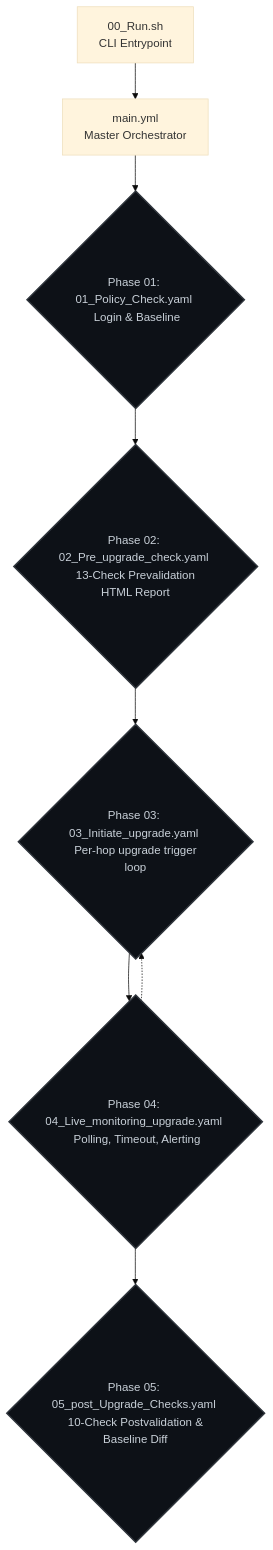
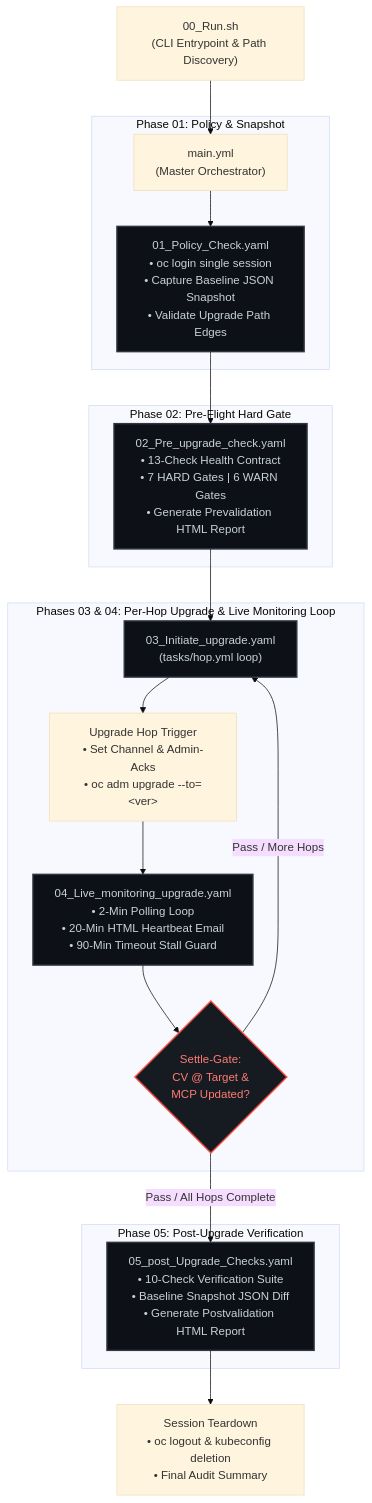
The diagram in README.md (Ravikk-web/share), drawn with Mermaid (base theme) before and after one commit. The commit also changed other lines of this file and 7 other files, not shown here.

````diff
--- a/README.md
+++ b/README.md
@@ -21,13 +43,31 @@
 ```mermaid
 graph TD
-    A[00_Run.sh <br/>CLI Entrypoint] --> B[main.yml <br/>Master Orchestrator]
-    B --> C{Phase 01: 01_Policy_Check.yaml <br/> Login & Baseline}
-    C --> D{Phase 02: 02_Pre_upgrade_check.yaml <br/> 13-Check Prevalidation HTML Report}
-    D --> E{Phase 03: 03_Initiate_upgrade.yaml <br/> Per-hop upgrade trigger loop}
-    E --> F{Phase 04: 04_Live_monitoring_upgrade.yaml <br/> Polling, Timeout, Alerting}
-    F -.-> E
-    F --> G{Phase 05: 05_post_Upgrade_Checks.yaml <br/> 10-Check Postvalidation & Baseline Diff}
+    CLI["00_Run.sh<br/>(CLI Entrypoint & Path Discovery)"] --> Master["main.yml<br/>(Master Orchestrator)"]
     
+    subgraph Phase01 ["Phase 01: Policy & Snapshot"]
+        Master --> P1["01_Policy_Check.yaml<br/>• oc login single session<br/>• Capture Baseline JSON Snapshot<br/>• Validate Upgrade Path Edges"]
+    end
+
+    subgraph Phase02 ["Phase 02: Pre-Flight Hard Gate"]
+        P1 --> P2["02_Pre_upgrade_check.yaml<br/>• 13-Check Health Contract<br/>• 7 HARD Gates | 6 WARN Gates<br/>• Generate Prevalidation HTML Report"]
+    end
+
+    subgraph Phase0304 ["Phases 03 & 04: Per-Hop Upgrade & Live Monitoring Loop"]
+        P2 --> P3["03_Initiate_upgrade.yaml<br/>(tasks/hop.yml loop)"]
+        P3 --> P3_Trigger["Upgrade Hop Trigger<br/>• Set Channel & Admin-Acks<br/>• oc adm upgrade --to=&lt;ver&gt;"]
+        P3_Trigger --> P4["04_Live_monitoring_upgrade.yaml<br/>• 2-Min Polling Loop<br/>• 20-Min HTML Heartbeat Email<br/>• 90-Min Timeout Stall Guard"]
+        P4 --> Settle{"Settle-Gate:<br/>CV @ Target &<br/>MCP Updated?"}
+        Settle -- "Pass / More Hops" --> P3
+    end
+
+    subgraph Phase05 ["Phase 05: Post-Upgrade Verification"]
+        Settle -- "Pass / All Hops Complete" --> P5["05_post_Upgrade_Checks.yaml<br/>• 10-Check Verification Suite<br/>• Baseline Snapshot JSON Diff<br/>• Generate Postvalidation HTML Report"]
+    end
+
+    P5 --> Logout["Session Teardown<br/>• oc logout & kubeconfig deletion<br/>• Final Audit Summary"]
+
     classDef phase fill:#0d1117,stroke:#30363d,stroke-width:2px,color:#c9d1d9;
-    class C,D,E,F,G phase;
+    classDef gate fill:#161b22,stroke:#f85149,stroke-width:2px,color:#ff7b72;
+    class P1,P2,P3,P4,P5 phase;
+    class Settle gate;
 ```
````
